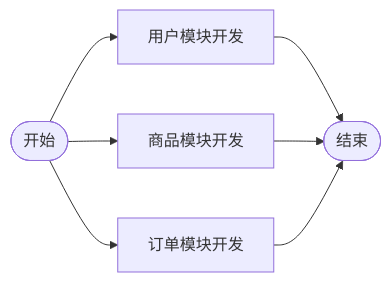
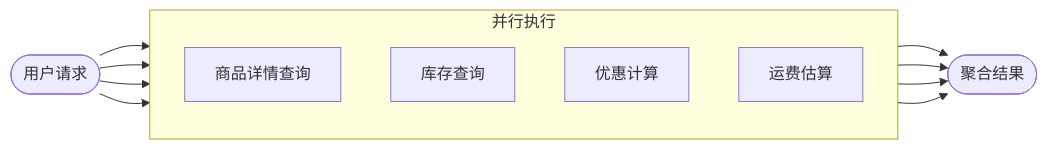
One commit to TBice123123/langchain-dev-utils changed the second of 2 diagrams in docs/zh/adavance-guide/pipeline.md. Above: the diagram before and after it, drawn with Mermaid. The commit also changed other lines of this file and 11 other files, not shown here.

````diff
--- a/docs/zh/adavance-guide/pipeline.md
+++ b/docs/zh/adavance-guide/pipeline.md
@@ -358,12 +307,24 @@
 ```mermaid
 graph LR
-    Start([开始])
-    User[用户模块开发]
-    Product[商品模块开发]
-    Order[订单模块开发]
-    End([结束])
+    Start([用户请求])
+    
+    subgraph Parallel [并行执行]
+        direction TB
+        Prod[商品详情查询]
+        Inv[库存查询]
+        Prom[优惠计算]
+        Ship[运费估算]
+    end
+    
+    End([聚合结果])
 
-    Start --> User --> End
-    Start --> Product --> End
-    Start --> Order --> End
+    Start --> Prod
+    Start --> Inv
+    Start --> Prom
+    Start --> Ship
+
+    Prod --> End
+    Inv --> End
+    Prom --> End
+    Ship --> End
 ```
````
